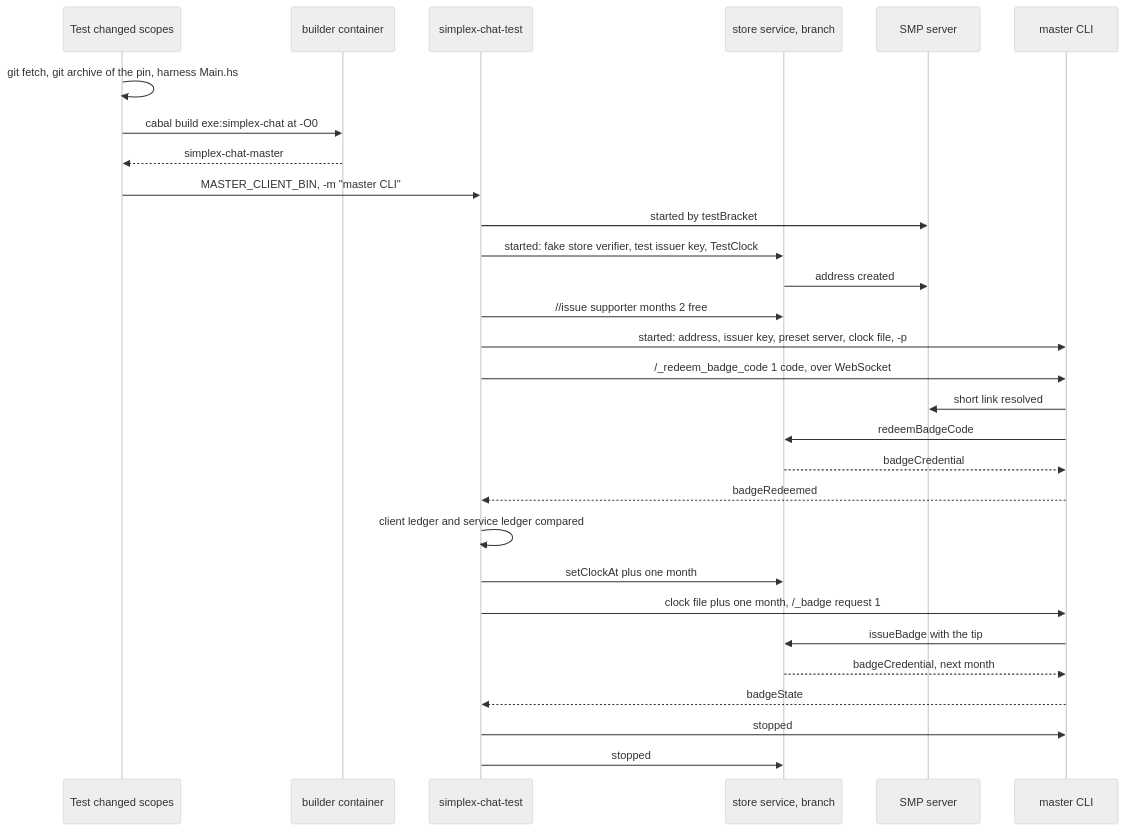
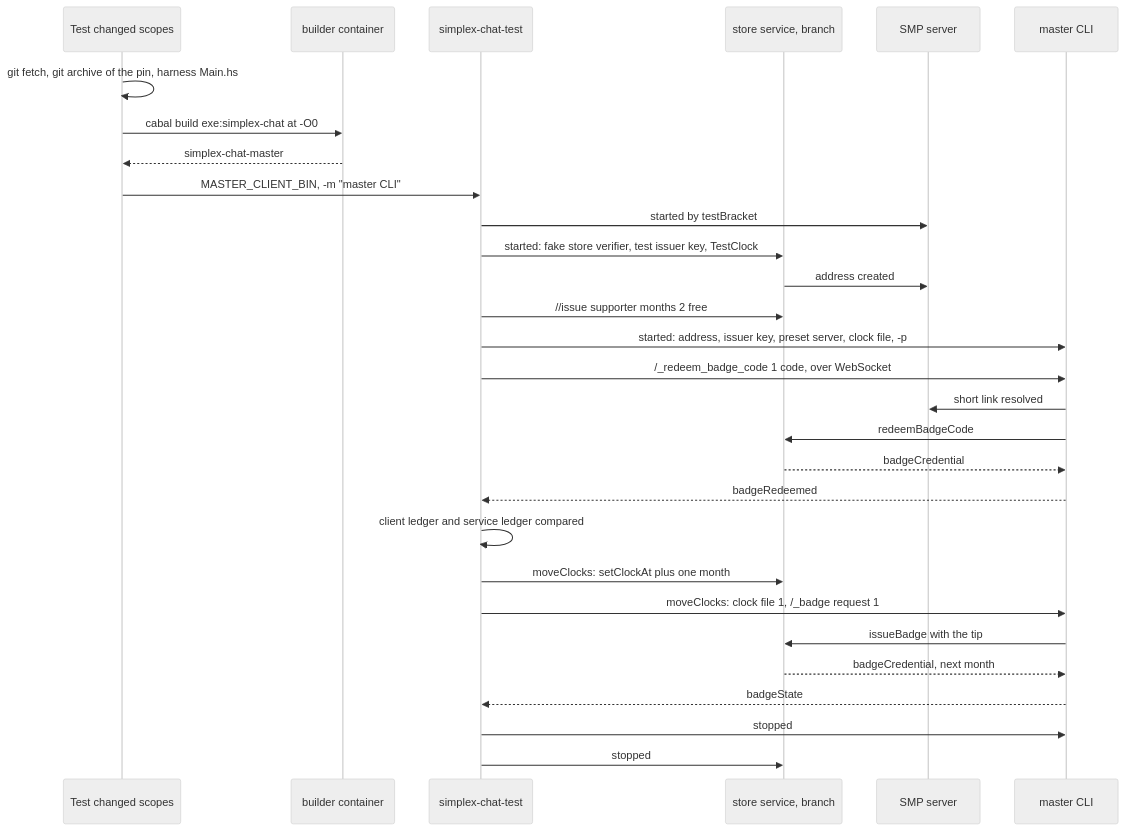
One commit to evgeny-simplex/simplex-chat changed the second of 2 diagrams in plans/2026-11-22-badge-compat.md. Above: the diagram before and after it, drawn with Mermaid (neutral theme). The commit also changed other lines of this file and 9 other files, not shown here.

````diff
--- a/plans/2026-11-22-badge-compat.md
+++ b/plans/2026-11-22-badge-compat.md
@@ -310,31 +315,31 @@
 ```mermaid
 sequenceDiagram
   participant S as Test changed scopes
   participant D as builder container
   participant T as simplex-chat-test
   participant V as store service, branch
   participant P as SMP server
   participant M as master CLI
   S->>S: git fetch, git archive of the pin, harness Main.hs
   S->>D: cabal build exe:simplex-chat at -O0
   D-->>S: simplex-chat-master
   S->>T: MASTER_CLIENT_BIN, -m "master CLI"
   T->>P: started by testBracket
   T->>V: started: fake store verifier, test issuer key, TestClock
   V->>P: address created
   T->>V: //issue supporter months 2 free
   T->>M: started: address, issuer key, preset server, clock file, -p
   T->>M: /_redeem_badge_code 1 code, over WebSocket
   M->>P: short link resolved
   M->>V: redeemBadgeCode
   V-->>M: badgeCredential
   M-->>T: badgeRedeemed
   T->>T: client ledger and service ledger compared
-  T->>V: setClockAt plus one month
-  T->>M: clock file plus one month, /_badge request 1
+  T->>V: moveClocks: setClockAt plus one month
+  T->>M: moveClocks: clock file 1, /_badge request 1
   M->>V: issueBadge with the tip
   V-->>M: badgeCredential, next month
   M-->>T: badgeState
   T->>M: stopped
   T->>V: stopped
 ```
````
